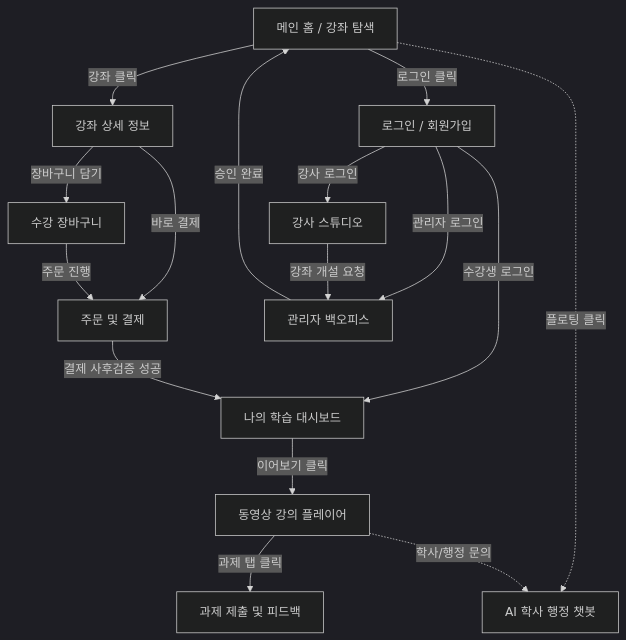
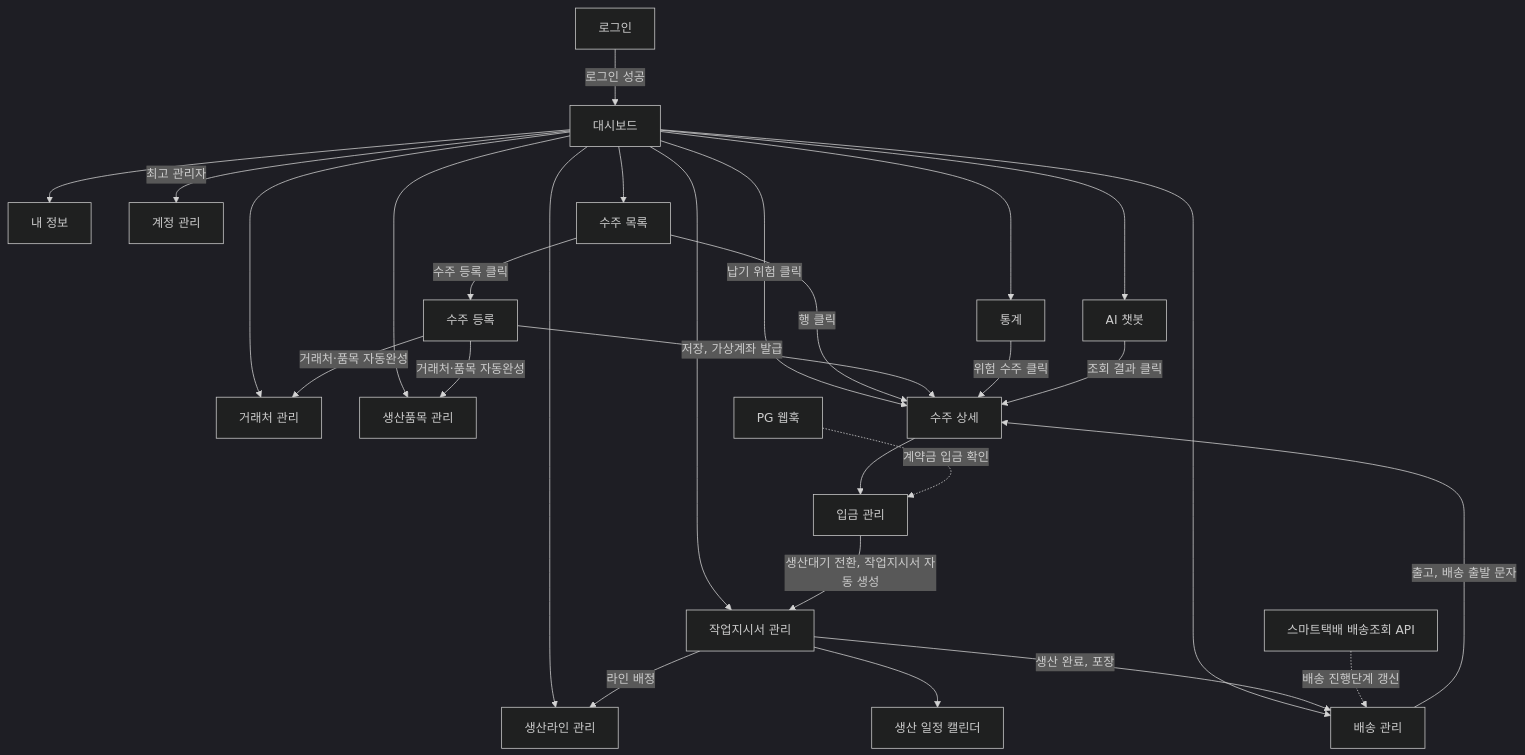
One commit to likelion-backend-25th/PRODFLOW changed the diagram in docs/02_design/03_ui_wireframe.md. Above: the diagram before and after it, drawn with Mermaid (dark theme). The commit also changed other lines of this file and 33 other files, not shown here.

````diff
--- a/docs/02_design/03_ui_wireframe.md
+++ b/docs/02_design/03_ui_wireframe.md
@@ -157,33 +831,54 @@
 ```mermaid
 flowchart TD
-    Home["메인 홈 / 강좌 탐색"]
-    Login["로그인 / 회원가입"]
-    CourseDetail["강좌 상세 정보"]
-    Cart["수강 장바구니"]
-    Checkout["주문 및 결제"]
-    LearningDash["나의 학습 대시보드"]
-    Player["동영상 강의 플레이어"]
-    Assignment["과제 제출 및 피드백"]
-    AiChat["AI 학사 행정 챗봇"]
-    Instructor["강사 스튜디오"]
-    Admin["관리자 백오피스"]
+    Login["로그인"]
+    Dashboard["대시보드"]
+    Me["내 정보"]
+    Users["계정 관리"]
+    Clients["거래처 관리"]
+    Products["생산품목 관리"]
+    Orders["수주 목록"]
+    OrderNew["수주 등록"]
+    OrderDetail["수주 상세"]
+    Payments["입금 관리"]
+    WorkOrders["작업지시서 관리"]
+    Lines["생산라인 관리"]
+    Calendar["생산 일정 캘린더"]
+    Shipments["배송 관리"]
+    Stats["통계"]
+    AiChat["AI 챗봇"]
+    PG["PG 웹훅"]
+    Tracker["스마트택배 배송조회 API"]
 
-    Home -->|강좌 클릭| CourseDetail
-    Home -->|로그인 클릭| Login
-    Home -.->|플로팅 클릭| AiChat
-    Login -->|수강생 로그인| LearningDash
-    Login -->|강사 로그인| Instructor
-    Login -->|관리자 로그인| Admin
+    Login -->|로그인 성공| Dashboard
+    Dashboard --> Me
+    Dashboard -->|최고 관리자| Users
+    Dashboard --> Clients
+    Dashboard --> Products
+    Dashboard --> Orders
+    Dashboard --> WorkOrders
+    Dashboard --> Lines
+    Dashboard --> Shipments
+    Dashboard --> Stats
+    Dashboard --> AiChat
+    Dashboard -->|납기 위험 클릭| OrderDetail
 
-    CourseDetail -->|장바구니 담기| Cart
-    CourseDetail -->|바로 결제| Checkout
-    Cart -->|주문 진행| Checkout
-    Checkout -->|결제 사후검증 성공| LearningDash
+    Orders -->|수주 등록 클릭| OrderNew
+    Orders -->|행 클릭| OrderDetail
+    OrderNew -->|거래처·품목 자동완성| Clients
+    OrderNew -->|거래처·품목 자동완성| Products
+    OrderNew -->|저장, 가상계좌 발급| OrderDetail
 
-    LearningDash -->|이어보기 클릭| Player
-    Player -->|과제 탭 클릭| Assignment
-    Player -.->|학사/행정 문의| AiChat
+    OrderDetail --> Payments
+    PG -.->|계약금 입금 확인| Payments
+    Payments -->|생산대기 전환, 작업지시서 자동 생성| WorkOrders
 
-    Instructor -->|강좌 개설 요청| Admin
-    Admin -->|승인 완료| Home
+    WorkOrders -->|라인 배정| Lines
+    WorkOrders --> Calendar
+    WorkOrders -->|생산 완료, 포장| Shipments
+
+    Shipments -->|출고, 배송 출발 문자| OrderDetail
+    Tracker -.->|배송 진행단계 갱신| Shipments
+
+    Stats -->|위험 수주 클릭| OrderDetail
+    AiChat -->|조회 결과 클릭| OrderDetail
 ```
````
